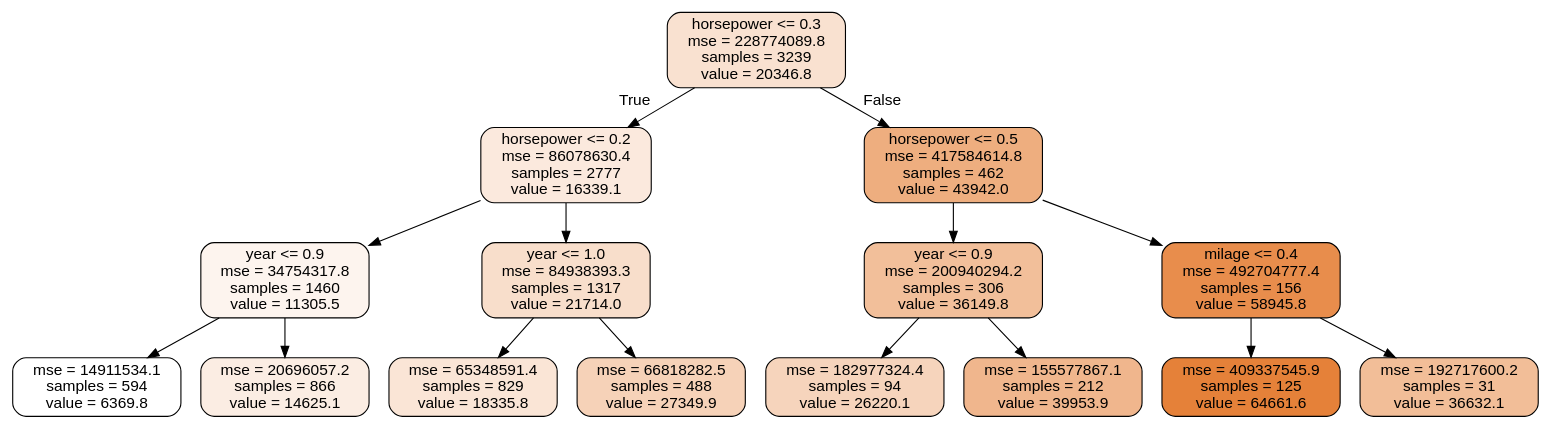
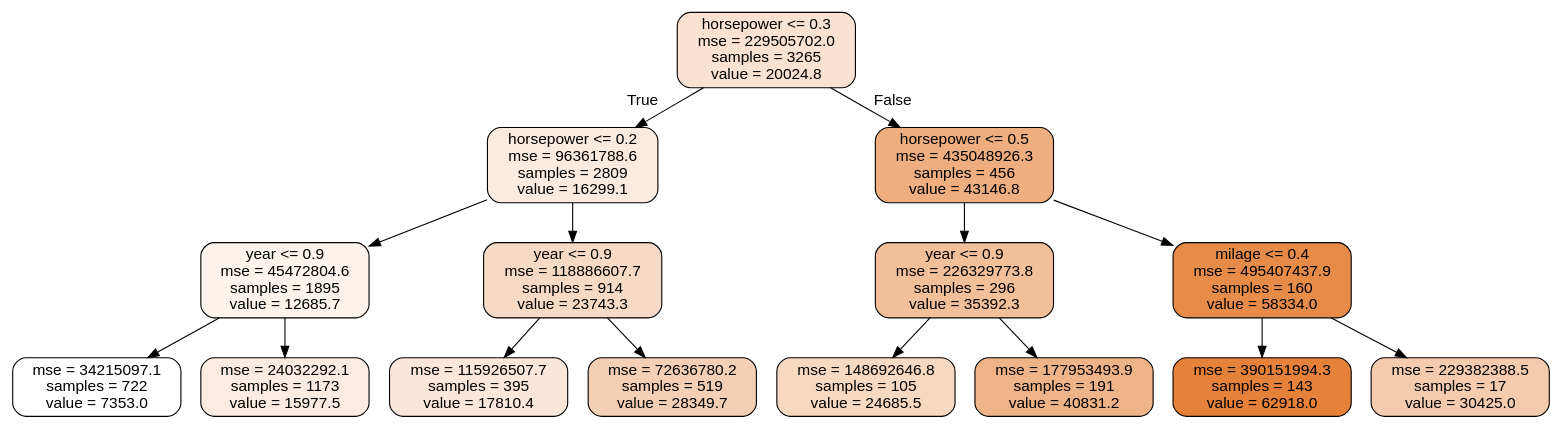
One commit to AMekid918/UsedCarML changed the diagram in small_tree.dot. Above: the diagram before and after it, drawn with Graphviz. The commit also changed 3 other files, not shown here.

```diff
--- a/small_tree.dot
+++ b/small_tree.dot
@@ -1,33 +1,33 @@
 digraph Tree {
 node [shape=box, style="filled, rounded", color="black", fontname=helvetica] ;
 edge [fontname=helvetica] ;
-0 [label="horsepower <= 0.3\nmse = 228774089.8\nsamples = 3239\nvalue = 20346.8", fillcolor="#f9e1d0"] ;
-1 [label="horsepower <= 0.2\nmse = 86078630.4\nsamples = 2777\nvalue = 16339.1", fillcolor="#fbe9dd"] ;
+0 [label="horsepower <= 0.3\nmse = 229505702.0\nsamples = 3265\nvalue = 20024.8", fillcolor="#f9e2d2"] ;
+1 [label="horsepower <= 0.2\nmse = 96361788.6\nsamples = 2809\nvalue = 16299.1", fillcolor="#fbebdf"] ;
 0 -> 1 [labeldistance=2.5, labelangle=45, headlabel="True"] ;
-2 [label="year <= 0.9\nmse = 34754317.8\nsamples = 1460\nvalue = 11305.5", fillcolor="#fdf4ee"] ;
+2 [label="year <= 0.9\nmse = 45472804.6\nsamples = 1895\nvalue = 12685.7", fillcolor="#fdf3ec"] ;
 1 -> 2 ;
-3 [label="mse = 14911534.1\nsamples = 594\nvalue = 6369.8", fillcolor="#ffffff"] ;
+3 [label="mse = 34215097.1\nsamples = 722\nvalue = 7353.0", fillcolor="#ffffff"] ;
 2 -> 3 ;
-4 [label="mse = 20696057.2\nsamples = 866\nvalue = 14625.1", fillcolor="#fbede3"] ;
+4 [label="mse = 24032292.1\nsamples = 1173\nvalue = 15977.5", fillcolor="#fbebe0"] ;
 2 -> 4 ;
-5 [label="year <= 1.0\nmse = 84938393.3\nsamples = 1317\nvalue = 21714.0", fillcolor="#f8decb"] ;
+5 [label="year <= 0.9\nmse = 118886607.7\nsamples = 914\nvalue = 23743.3", fillcolor="#f7dac5"] ;
 1 -> 5 ;
-6 [label="mse = 65348591.4\nsamples = 829\nvalue = 18335.8", fillcolor="#fae5d6"] ;
+6 [label="mse = 115926507.7\nsamples = 395\nvalue = 17810.4", fillcolor="#fae7da"] ;
 5 -> 6 ;
-7 [label="mse = 66818282.5\nsamples = 488\nvalue = 27349.9", fillcolor="#f6d2b8"] ;
+7 [label="mse = 72636780.2\nsamples = 519\nvalue = 28349.7", fillcolor="#f5cfb4"] ;
 5 -> 7 ;
-8 [label="horsepower <= 0.5\nmse = 417584614.8\nsamples = 462\nvalue = 43942.0", fillcolor="#eeae7f"] ;
+8 [label="horsepower <= 0.5\nmse = 435048926.3\nsamples = 456\nvalue = 43146.8", fillcolor="#eeae7f"] ;
 0 -> 8 [labeldistance=2.5, labelangle=-45, headlabel="False"] ;
-9 [label="year <= 0.9\nmse = 200940294.2\nsamples = 306\nvalue = 36149.8", fillcolor="#f2bf9a"] ;
+9 [label="year <= 0.9\nmse = 226329773.8\nsamples = 296\nvalue = 35392.3", fillcolor="#f2bf9b"] ;
 8 -> 9 ;
-10 [label="mse = 182977324.4\nsamples = 94\nvalue = 26220.1", fillcolor="#f6d4bc"] ;
+10 [label="mse = 148692646.8\nsamples = 105\nvalue = 24685.5", fillcolor="#f7d8c1"] ;
 9 -> 10 ;
-11 [label="mse = 155577867.1\nsamples = 212\nvalue = 39953.9", fillcolor="#f0b68d"] ;
+11 [label="mse = 177953493.9\nsamples = 191\nvalue = 40831.2", fillcolor="#efb388"] ;
 9 -> 11 ;
-12 [label="milage <= 0.4\nmse = 492704777.4\nsamples = 156\nvalue = 58945.8", fillcolor="#e88d4c"] ;
+12 [label="milage <= 0.4\nmse = 495407437.9\nsamples = 160\nvalue = 58334.0", fillcolor="#e78b49"] ;
 8 -> 12 ;
-13 [label="mse = 409337545.9\nsamples = 125\nvalue = 64661.6", fillcolor="#e58139"] ;
+13 [label="mse = 390151994.3\nsamples = 143\nvalue = 62918.0", fillcolor="#e58139"] ;
 12 -> 13 ;
-14 [label="mse = 192717600.2\nsamples = 31\nvalue = 36632.1", fillcolor="#f2be98"] ;
+14 [label="mse = 229382388.5\nsamples = 17\nvalue = 30425.0", fillcolor="#f4cbad"] ;
 12 -> 14 ;
 }
```
